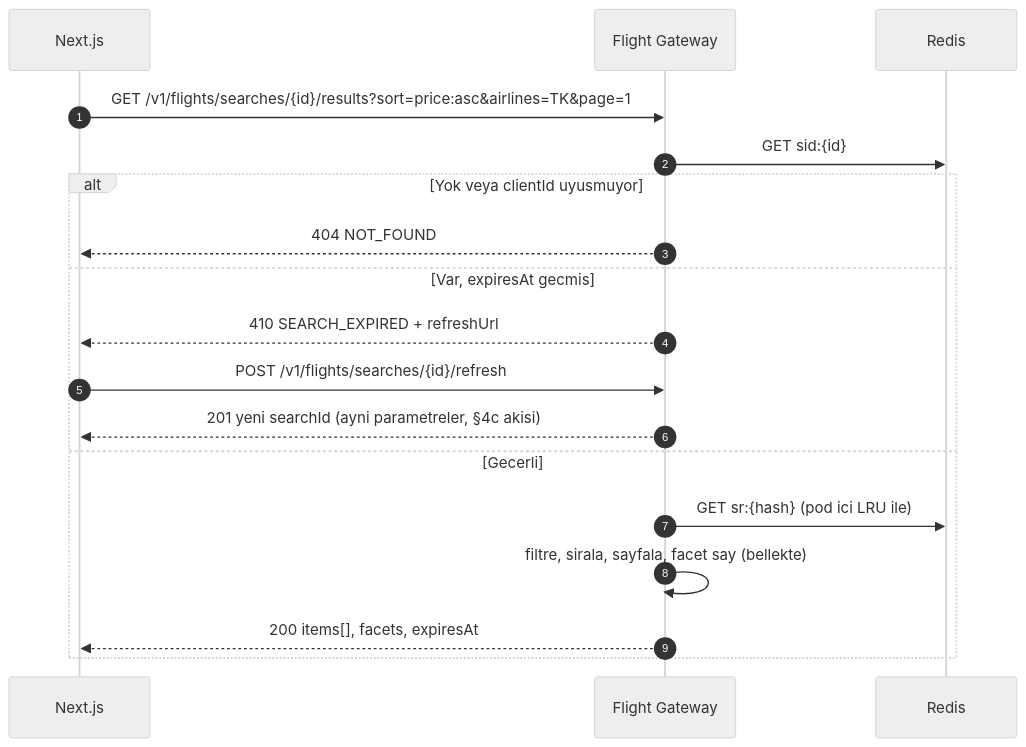
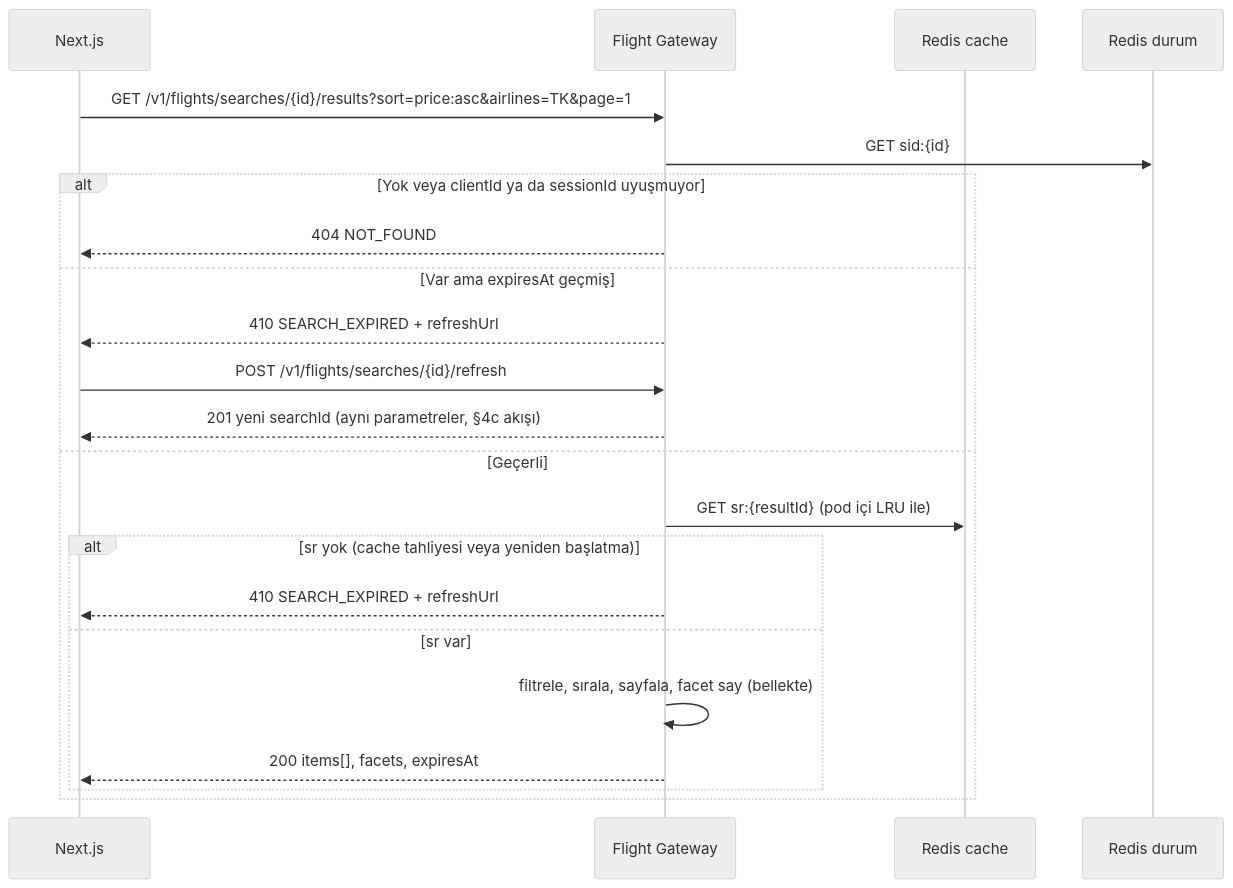
One commit to cihantaylan/tourvisio-mimari-plan changed the sixth of 7 diagrams in README.md. Above: the diagram before and after it, drawn with Mermaid (neutral theme). The commit also changed other lines of this file and 41 other files, not shown here.

````diff
--- a/README.md
+++ b/README.md
@@ -300,21 +404,24 @@
 ```mermaid
 sequenceDiagram
-    autonumber
     participant N as Next.js
     participant G as Flight Gateway
-    participant R as Redis
-
+    participant C as Redis cache
+    participant S as Redis durum
     N->>G: GET /v1/flights/searches/{id}/results?sort=price:asc&airlines=TK&page=1
-    G->>R: GET sid:{id}
-    alt Yok veya clientId uyusmuyor
+    G->>S: GET sid:{id}
+    alt Yok veya clientId ya da sessionId uyuşmuyor
       G-->>N: 404 NOT_FOUND
-    else Var, expiresAt gecmis
+    else Var ama expiresAt geçmiş
       G-->>N: 410 SEARCH_EXPIRED + refreshUrl
       N->>G: POST /v1/flights/searches/{id}/refresh
-      G-->>N: 201 yeni searchId (ayni parametreler, §4c akisi)
-    else Gecerli
-      G->>R: GET sr:{hash} (pod ici LRU ile)
-      G->>G: filtre, sirala, sayfala, facet say (bellekte)
-      G-->>N: 200 items[], facets, expiresAt
+      G-->>N: 201 yeni searchId (aynı parametreler, §4c akışı)
+    else Geçerli
+      G->>C: GET sr:{resultId} (pod içi LRU ile)
+      alt sr yok (cache tahliyesi veya yeniden başlatma)
+        G-->>N: 410 SEARCH_EXPIRED + refreshUrl
+      else sr var
+        G->>G: filtrele, sırala, sayfala, facet say (bellekte)
+        G-->>N: 200 items[], facets, expiresAt
+      end
     end
 ```
````
